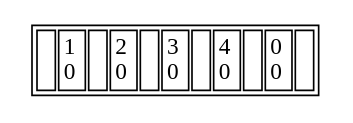
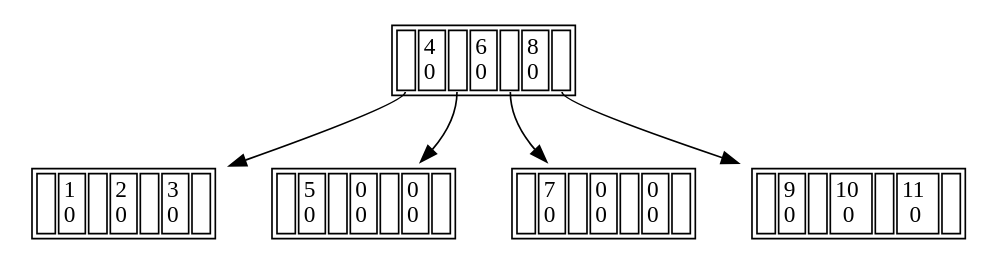
Before and after one commit to Fedya1998/B-Tree: the diagram in dump.gv, drawn with Graphviz. The commit also changed 7 other files, not shown here.

```diff
--- a/dump.gv
+++ b/dump.gv
@@ -1,6 +1,26 @@
 digraph G{
-node0x7f87f8c02a20 [
+node0x7f8fb4402b20 [
 shape=plaintext label = < <table border='1' cellborder='1'>
-<tr><td port='port0'> </td><td>1<br/>0</td><td port='port1'> </td><td>2<br/>0</td><td port='port2'> </td><td>3<br/>0</td><td port='port3'> </td><td>4<br/>0</td><td port='port4'> </td><td>0<br/>0</td><td port='port5'> </td>
+<tr><td port='port0'> </td><td>4<br/>0</td><td port='port1'> </td><td>6<br/>0</td><td port='port2'> </td><td>8<br/>0</td><td port='port3'> </td>
+</tr></table> >]
+node0x7f8fb4402b20:port0 -> node0x7f8fb4402a20
+node0x7f8fb4402a20 [
+shape=plaintext label = < <table border='1' cellborder='1'>
+<tr><td port='port0'> </td><td>1<br/>0</td><td port='port1'> </td><td>2<br/>0</td><td port='port2'> </td><td>3<br/>0</td><td port='port3'> </td>
+</tr></table> >]
+node0x7f8fb4402b20:port1 -> node0x7f8fb4402aa0
+node0x7f8fb4402aa0 [
+shape=plaintext label = < <table border='1' cellborder='1'>
+<tr><td port='port0'> </td><td>5<br/>0</td><td port='port1'> </td><td>0<br/>0</td><td port='port2'> </td><td>0<br/>0</td><td port='port3'> </td>
+</tr></table> >]
+node0x7f8fb4402b20:port2 -> node0x7f8fb4402ba0
+node0x7f8fb4402ba0 [
+shape=plaintext label = < <table border='1' cellborder='1'>
+<tr><td port='port0'> </td><td>7<br/>0</td><td port='port1'> </td><td>0<br/>0</td><td port='port2'> </td><td>0<br/>0</td><td port='port3'> </td>
+</tr></table> >]
+node0x7f8fb4402b20:port3 -> node0x7f8fb4402c20
+node0x7f8fb4402c20 [
+shape=plaintext label = < <table border='1' cellborder='1'>
+<tr><td port='port0'> </td><td>9<br/>0</td><td port='port1'> </td><td>10<br/>0</td><td port='port2'> </td><td>11<br/>0</td><td port='port3'> </td>
 </tr></table> >]
 }
```
